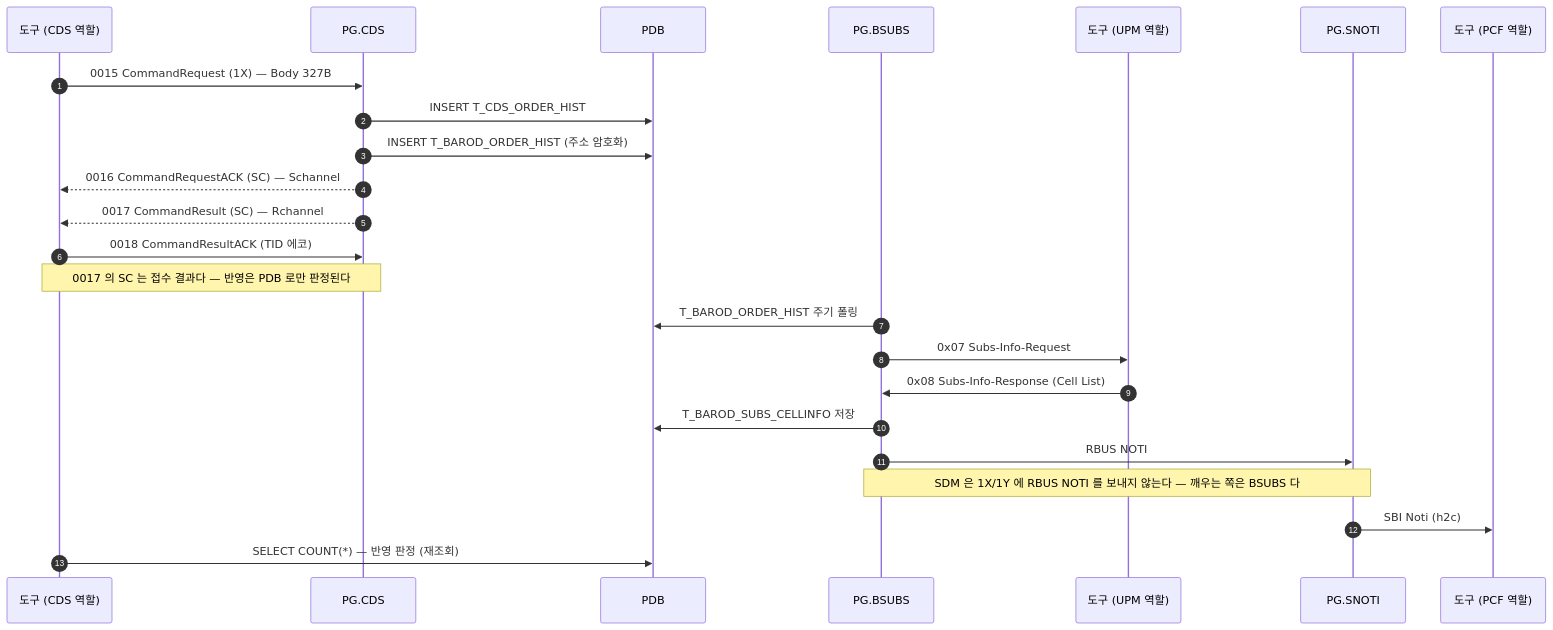
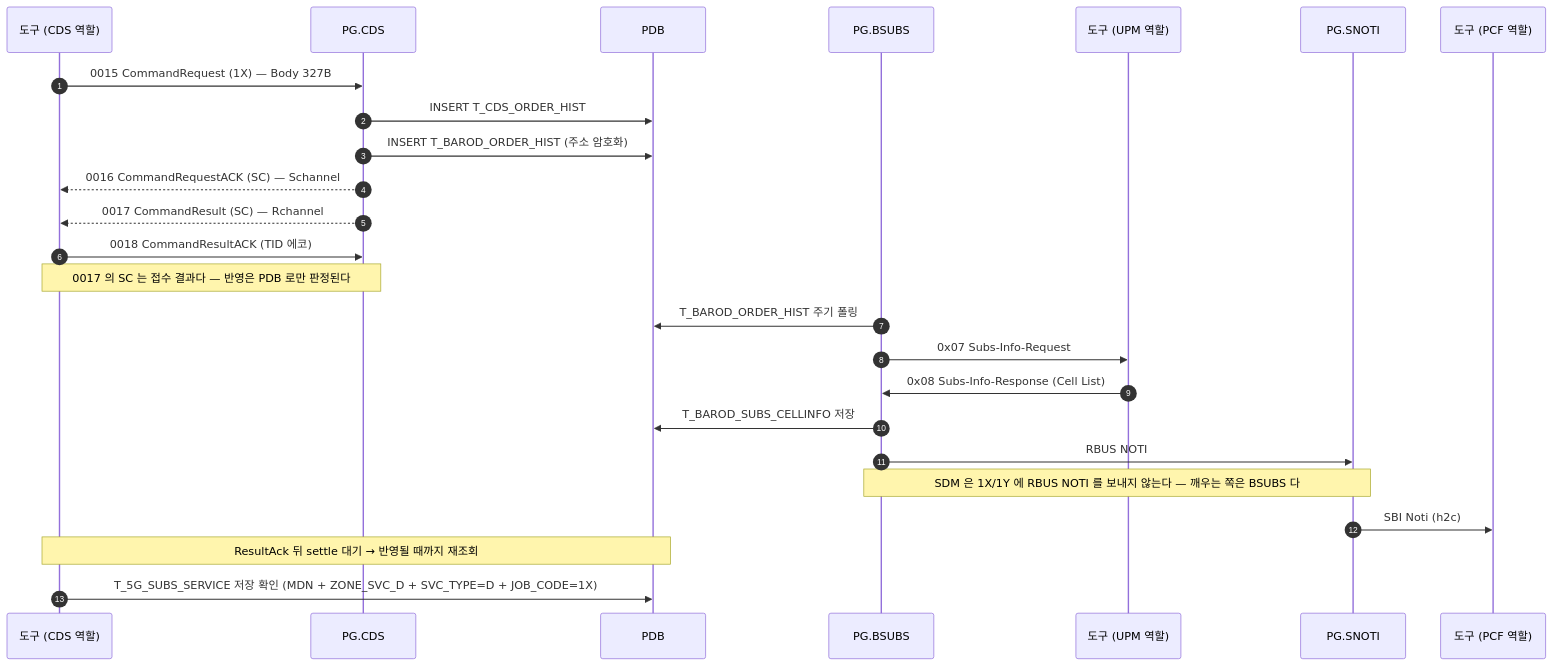
The diagram in docs/callflow/CDS_1X.md (IanKim2030/tc4robot), drawn with Mermaid before and after one commit. The commit also changed 18 other files, not shown here.

First line of the commit message:
docs: 콜플로우의 PDB 판정을 코드별 실제 조회로 바꾼다

````diff
--- a/docs/callflow/CDS_1X.md
+++ b/docs/callflow/CDS_1X.md
@@ -17,28 +17,29 @@
 ```mermaid
 sequenceDiagram
     autonumber
     participant TOOL as 도구 (CDS 역할)
     participant PCDS as PG.CDS
     participant PDB as PDB
     participant BSUBS as PG.BSUBS
     participant UPM as 도구 (UPM 역할)
     participant SNOTI as PG.SNOTI
     participant PCF as 도구 (PCF 역할)
 
     TOOL->>PCDS: 0015 CommandRequest (1X) — Body 327B
     PCDS->>PDB: INSERT T_CDS_ORDER_HIST
     PCDS->>PDB: INSERT T_BAROD_ORDER_HIST (주소 암호화)
     PCDS-->>TOOL: 0016 CommandRequestACK (SC) — Schannel
     PCDS-->>TOOL: 0017 CommandResult (SC) — Rchannel
     TOOL->>PCDS: 0018 CommandResultACK (TID 에코)
     Note over TOOL,PCDS: 0017 의 SC 는 접수 결과다 — 반영은 PDB 로만 판정된다
 
     BSUBS->>PDB: T_BAROD_ORDER_HIST 주기 폴링
     BSUBS->>UPM: 0x07 Subs-Info-Request
     UPM->>BSUBS: 0x08 Subs-Info-Response (Cell List)
     BSUBS->>PDB: T_BAROD_SUBS_CELLINFO 저장
     BSUBS->>SNOTI: RBUS NOTI
     Note over BSUBS,SNOTI: SDM 은 1X/1Y 에 RBUS NOTI 를 보내지 않는다 — 깨우는 쪽은 BSUBS 다
     SNOTI->>PCF: SBI Noti (h2c)
-    TOOL->>PDB: SELECT COUNT(*) — 반영 판정 (재조회)
+    Note over TOOL,PDB: ResultAck 뒤 settle 대기 → 반영될 때까지 재조회
+    TOOL->>PDB: T_5G_SUBS_SERVICE 저장 확인 (MDN + ZONE_SVC_D + SVC_TYPE=D + JOB_CODE=1X)
 ```
````
